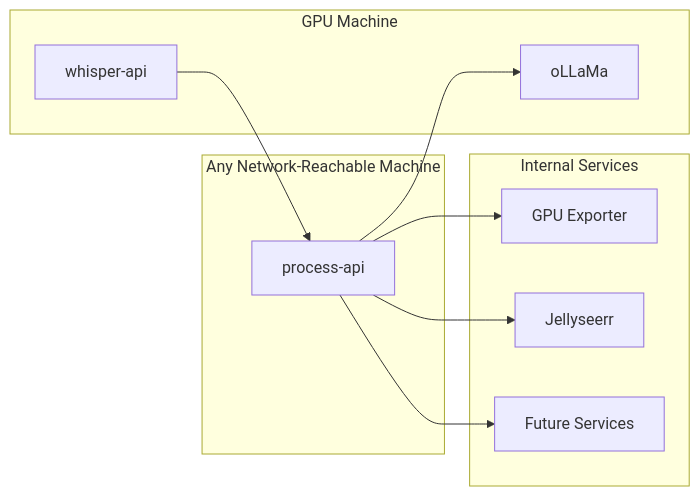
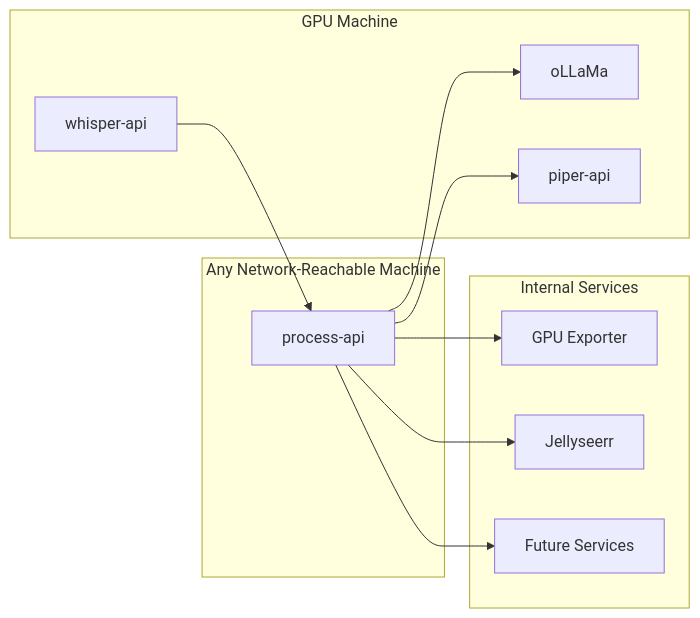
One commit to psyeo2/Clankassist changed the second of 3 diagrams in docs/ARCHITECTURE.md. Above: the diagram before and after it, drawn with Mermaid. The commit also changed other lines of this file and 15 other files, not shown here.

````diff
--- a/docs/ARCHITECTURE.md
+++ b/docs/ARCHITECTURE.md
@@ -32,24 +35,26 @@
 ```mermaid
 flowchart LR
 
 subgraph GPUHost["GPU Machine"]
   whisper[whisper-api]
   ollama[oLLaMa]
+  piper[piper-api]
 end
 
 subgraph Anywhere["Any Network-Reachable Machine"]
   process[process-api]
 end
 
 subgraph Services["Internal Services"]
   gpu[GPU Exporter]
   jelly[Jellyseerr]
   future[Future Services]
 end
 
 whisper --> process
 process --> ollama
+process --> piper
 process --> gpu
 process --> jelly
 process --> future
 ```
````
